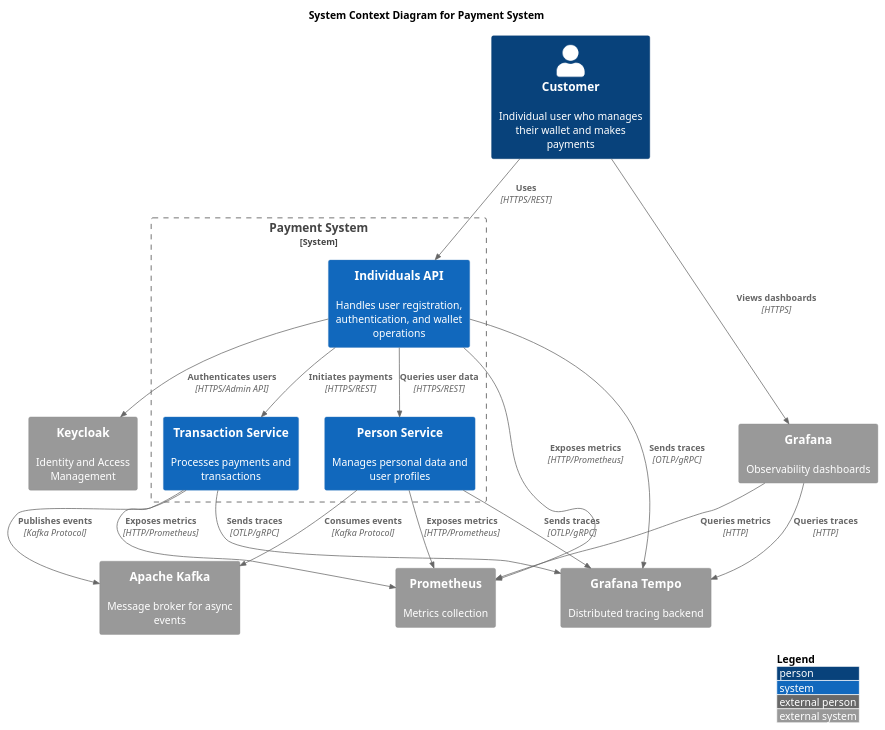
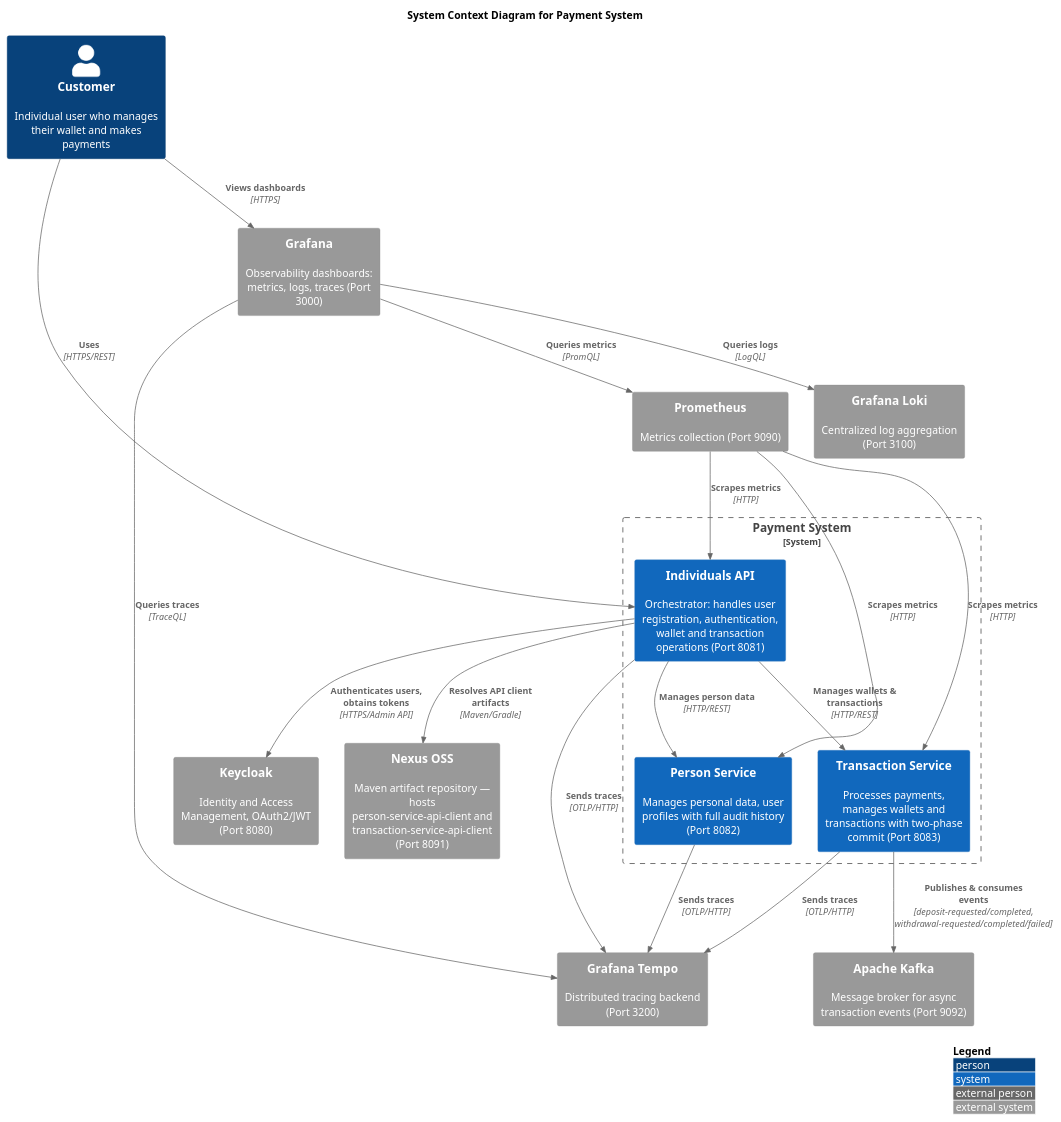
The diagram in docs/architecture/diagrams/context.puml (strel4k/payment-system), drawn with PlantUML before and after one commit. The commit also changed 33 other files, not shown here.

```diff
--- a/docs/architecture/diagrams/context.puml
+++ b/docs/architecture/diagrams/context.puml
@@ -1,43 +1,48 @@
 @startuml Payment System - C4 Context Diagram
 
 !include https://raw.githubusercontent.com/plantuml-stdlib/C4-PlantUML/master/C4_Context.puml
 
 LAYOUT_WITH_LEGEND()
 
 title System Context Diagram for Payment System
 
 Person(customer, "Customer", "Individual user who manages their wallet and makes payments")
 
 System_Boundary(payment_system, "Payment System") {
-    System(individuals_api, "Individuals API", "Handles user registration, authentication, and wallet operations")
-    System(person_service, "Person Service", "Manages personal data and user profiles")
-    System(transaction_service, "Transaction Service", "Processes payments and transactions")
+    System(individuals_api, "Individuals API", "Orchestrator: handles user registration, authentication, wallet and transaction operations (Port 8081)")
+    System(person_service, "Person Service", "Manages personal data, user profiles with full audit history (Port 8082)")
+    System(transaction_service, "Transaction Service", "Processes payments, manages wallets and transactions with two-phase commit (Port 8083)")
 }
 
-System_Ext(keycloak, "Keycloak", "Identity and Access Management")
-System_Ext(kafka, "Apache Kafka", "Message broker for async events")
-System_Ext(tempo, "Grafana Tempo", "Distributed tracing backend")
-System_Ext(prometheus, "Prometheus", "Metrics collection")
-System_Ext(grafana, "Grafana", "Observability dashboards")
+System_Ext(keycloak, "Keycloak", "Identity and Access Management, OAuth2/JWT (Port 8080)")
+System_Ext(kafka, "Apache Kafka", "Message broker for async transaction events (Port 9092)")
+System_Ext(nexus, "Nexus OSS", "Maven artifact repository — hosts person-service-api-client and transaction-service-api-client (Port 8091)")
+
+System_Ext(prometheus, "Prometheus", "Metrics collection (Port 9090)")
+System_Ext(grafana, "Grafana", "Observability dashboards: metrics, logs, traces (Port 3000)")
+System_Ext(loki, "Grafana Loki", "Centralized log aggregation (Port 3100)")
+System_Ext(tempo, "Grafana Tempo", "Distributed tracing backend (Port 3200)")
 
 Rel(customer, individuals_api, "Uses", "HTTPS/REST")
-Rel(individuals_api, person_service, "Queries user data", "HTTPS/REST")
-Rel(individuals_api, transaction_service, "Initiates payments", "HTTPS/REST")
-Rel(individuals_api, keycloak, "Authenticates users", "HTTPS/Admin API")
+Rel(individuals_api, person_service, "Manages person data", "HTTP/REST")
+Rel(individuals_api, transaction_service, "Manages wallets & transactions", "HTTP/REST")
+Rel(individuals_api, keycloak, "Authenticates users, obtains tokens", "HTTPS/Admin API")
 
-Rel(transaction_service, kafka, "Publishes events", "Kafka Protocol")
-Rel(person_service, kafka, "Consumes events", "Kafka Protocol")
+Rel(transaction_service, kafka, "Publishes & consumes events", "deposit-requested/completed, withdrawal-requested/completed/failed")
 
-Rel(individuals_api, tempo, "Sends traces", "OTLP/gRPC")
-Rel(person_service, tempo, "Sends traces", "OTLP/gRPC")
-Rel(transaction_service, tempo, "Sends traces", "OTLP/gRPC")
+Rel(individuals_api, nexus, "Resolves API client artifacts", "Maven/Gradle")
 
-Rel(individuals_api, prometheus, "Exposes metrics", "HTTP/Prometheus")
-Rel(person_service, prometheus, "Exposes metrics", "HTTP/Prometheus")
-Rel(transaction_service, prometheus, "Exposes metrics", "HTTP/Prometheus")
+Rel(individuals_api, tempo, "Sends traces", "OTLP/HTTP")
+Rel(person_service, tempo, "Sends traces", "OTLP/HTTP")
+Rel(transaction_service, tempo, "Sends traces", "OTLP/HTTP")
 
+Rel(prometheus, individuals_api, "Scrapes metrics", "HTTP")
+Rel(prometheus, person_service, "Scrapes metrics", "HTTP")
+Rel(prometheus, transaction_service, "Scrapes metrics", "HTTP")
+
+Rel(grafana, prometheus, "Queries metrics", "PromQL")
+Rel(grafana, loki, "Queries logs", "LogQL")
+Rel(grafana, tempo, "Queries traces", "TraceQL")
 Rel(customer, grafana, "Views dashboards", "HTTPS")
-Rel(grafana, tempo, "Queries traces", "HTTP")
-Rel(grafana, prometheus, "Queries metrics", "HTTP")
 
 @enduml
```
